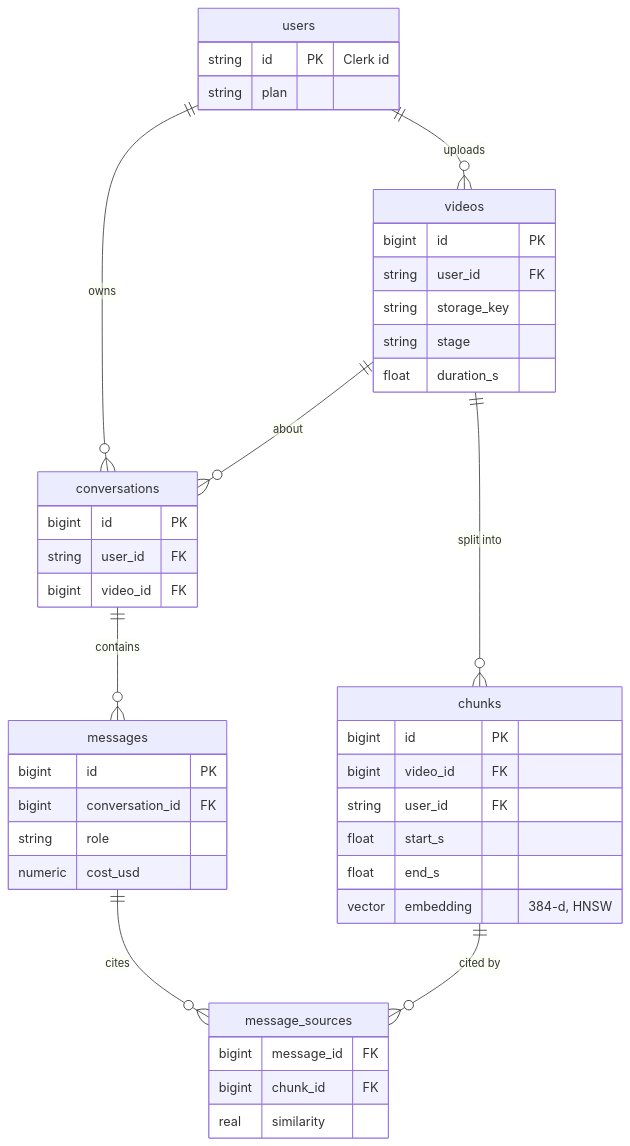
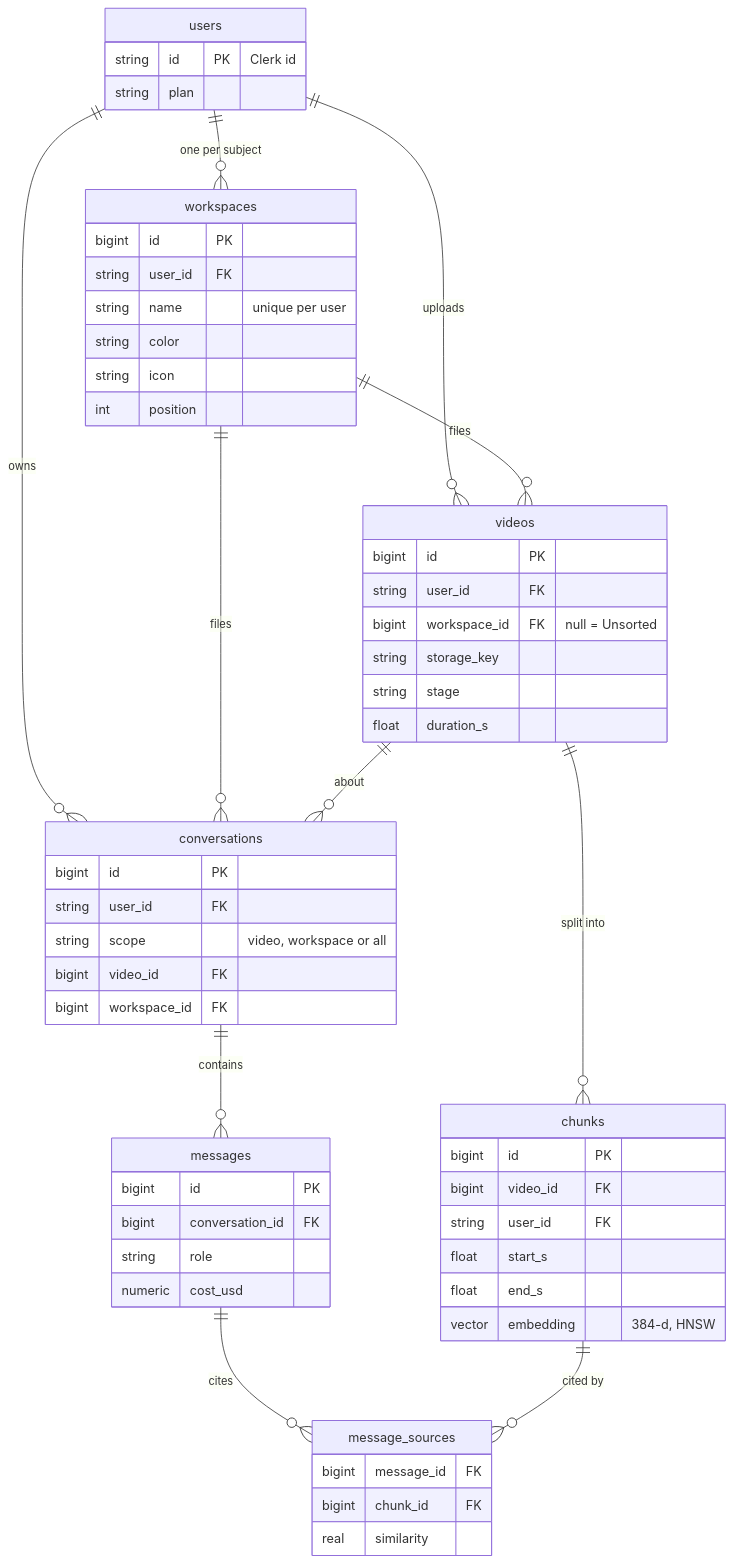
Before and after one commit to patilrajvardhan27/Pumped-Up-Kicks: the fourth of 4 diagrams in docs/README.md, drawn with Mermaid. The commit also changed other lines of this file and 2 other files, not shown here.

Commit message:
Document subjects, the scope rule and how to run the tests

````diff
--- a/docs/README.md
+++ b/docs/README.md
@@ -84,46 +84,60 @@
 ```mermaid
 erDiagram
+    users ||--o{ workspaces : "one per subject"
     users ||--o{ videos : uploads
     users ||--o{ conversations : owns
+    workspaces ||--o{ videos : files
+    workspaces ||--o{ conversations : files
     videos ||--o{ chunks : "split into"
     videos ||--o{ conversations : about
     conversations ||--o{ messages : contains
     messages ||--o{ message_sources : cites
     chunks ||--o{ message_sources : "cited by"
 
     users {
         string id PK "Clerk id"
         string plan
     }
+    workspaces {
+        bigint id PK
+        string user_id FK
+        string name "unique per user"
+        string color
+        string icon
+        int position
+    }
     videos {
         bigint id PK
         string user_id FK
+        bigint workspace_id FK "null = Unsorted"
         string storage_key
         string stage
         float duration_s
     }
     chunks {
         bigint id PK
         bigint video_id FK
         string user_id FK
         float start_s
         float end_s
         vector embedding "384-d, HNSW"
     }
     conversations {
         bigint id PK
         string user_id FK
+        string scope "video, workspace or all"
         bigint video_id FK
+        bigint workspace_id FK
     }
     messages {
         bigint id PK
         bigint conversation_id FK
         string role
         numeric cost_usd
     }
     message_sources {
         bigint message_id FK
         bigint chunk_id FK
         real similarity
     }
 ```
````
